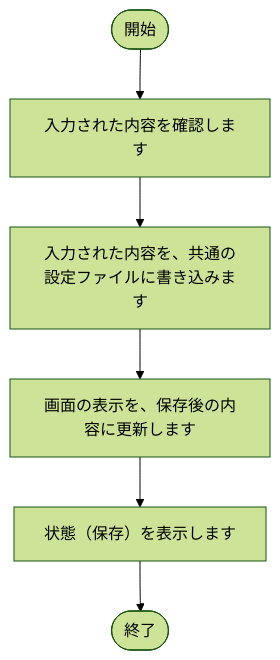
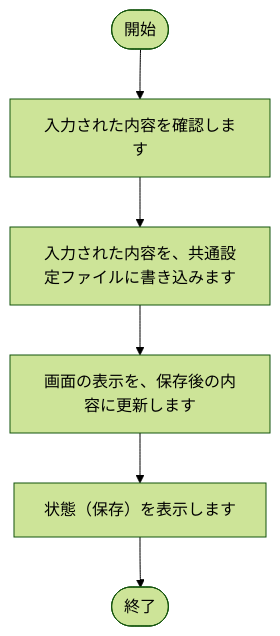
One commit to nishida2073/project_management changed the ninth of 16 diagrams in tool/kintone-resourse-generator/doc/02_設計/処理フロー.md. Above: the diagram before and after it, drawn with Mermaid (forest theme). The commit also changed other lines of this file and 6 other files, not shown here.

````diff
--- a/tool/kintone-resourse-generator/doc/02_設計/処理フロー.md
+++ b/tool/kintone-resourse-generator/doc/02_設計/処理フロー.md
@@ -290,14 +290,14 @@
 ```mermaid
 flowchart TD
     S(["開始"])
     E(["終了"])
     N1["入力された内容を確認します"]
     S --> N1
-    N2["入力された内容を、共通の設定ファイルに書き込みます"]
+    N2["入力された内容を、共通設定ファイルに書き込みます"]
     N1 --> N2
     N3["画面の表示を、保存後の内容に更新します"]
     N2 --> N3
     N4["状態（保存）を表示します"]
     N3 --> N4
     N4 --> E
 ```
````
